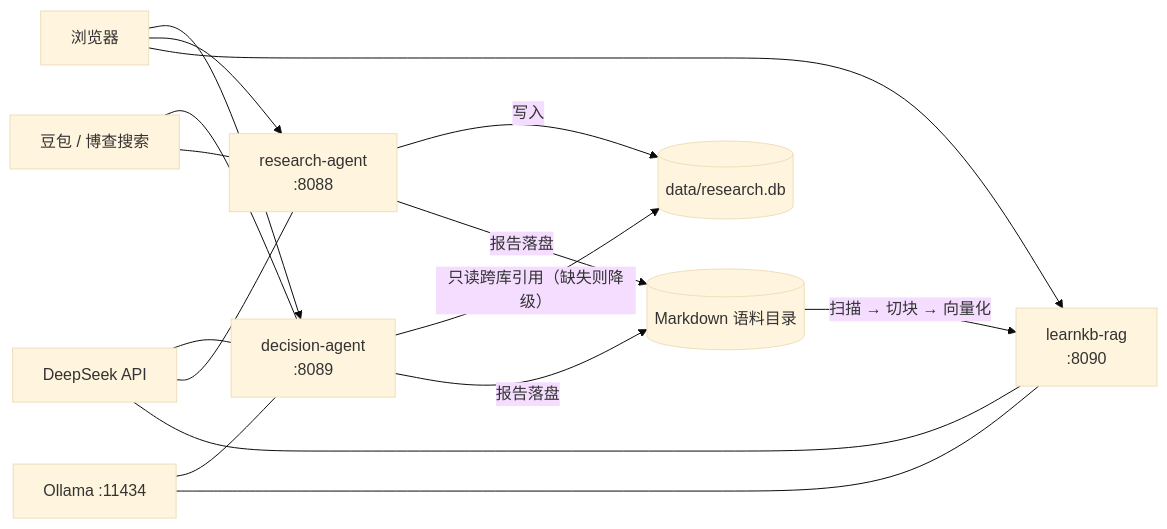
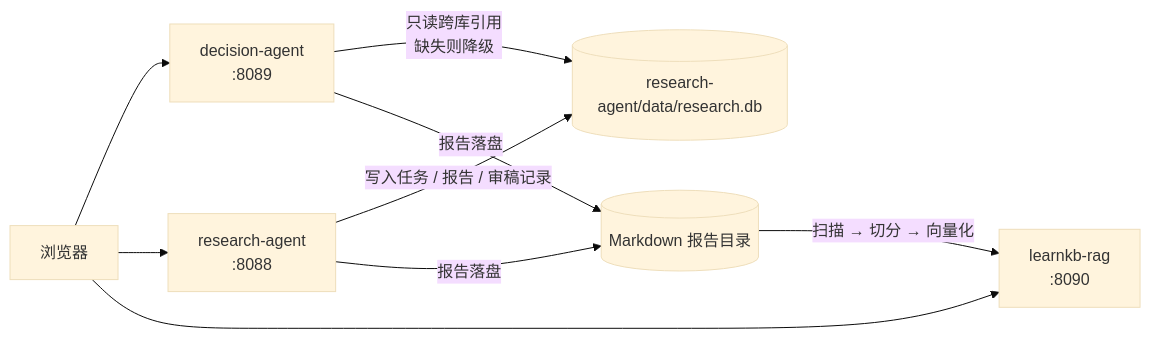
One commit to fengyale/kf-agent changed the diagram in README.md. Above: the diagram before and after it, drawn with Mermaid (base theme). The commit also changed other lines of this file, not shown here.

Commit message:
docs: 重写根 README，补充对比表、项目关系图与 MIT 声明

````diff
--- a/README.md
+++ b/README.md
@@ -161,21 +97,13 @@
 ```mermaid
 flowchart LR
     U[浏览器] --> D["decision-agent<br/>:8089"]
     U --> R["research-agent<br/>:8088"]
     U --> K["learnkb-rag<br/>:8090"]
 
-    R -->|写入| DB[("data/research.db")]
-    D -->|"只读跨库引用（缺失则降级）"| DB
+    R -->|"写入任务 / 报告 / 审稿记录"| DB[("research-agent/data/research.db")]
+    D -->|"只读跨库引用<br/>缺失则降级"| DB
 
-    R -->|报告落盘| MD[("Markdown 语料目录")]
+    R -->|报告落盘| MD[("Markdown 报告目录")]
     D -->|报告落盘| MD
-    MD -->|"扫描 → 切块 → 向量化"| K
-
-    DS[DeepSeek API] --- D
-    DS --- R
-    DS --- K
-    S[豆包 / 博查搜索] --- D
-    S --- R
-    O[Ollama :11434] --- D
-    O --- K
+    MD -->|"扫描 → 切分 → 向量化"| K
 ```
````
